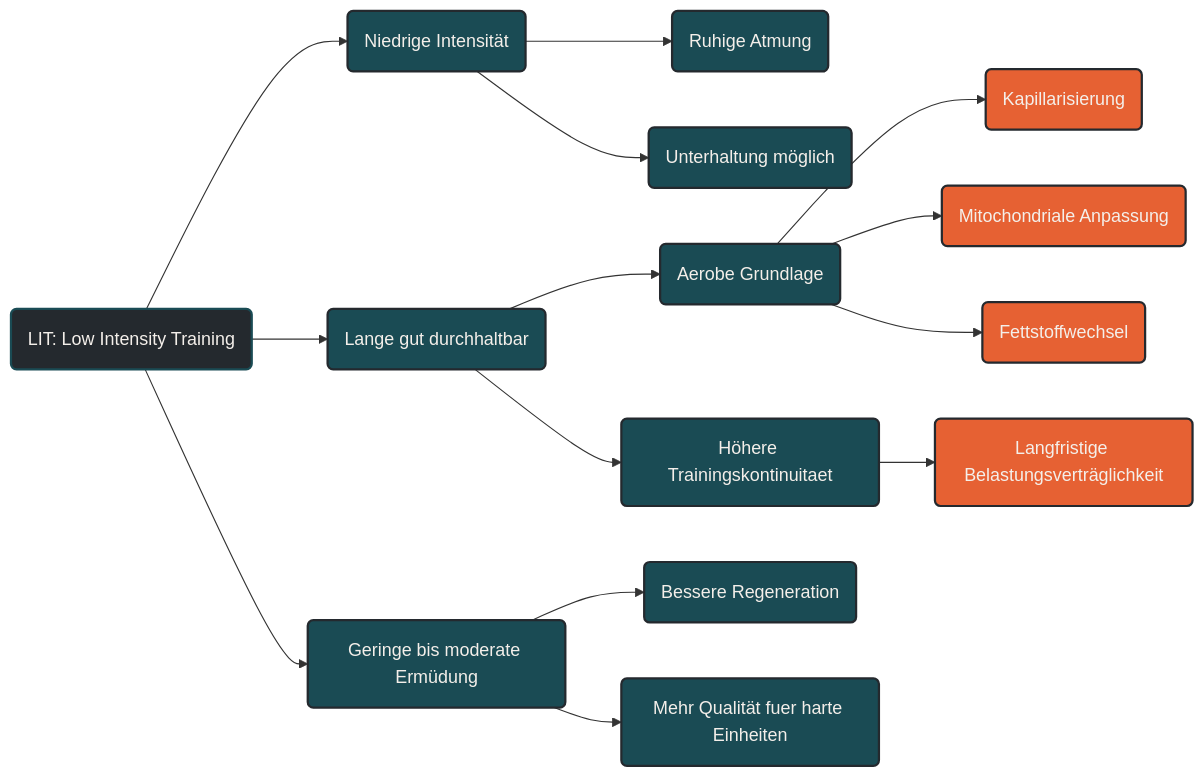
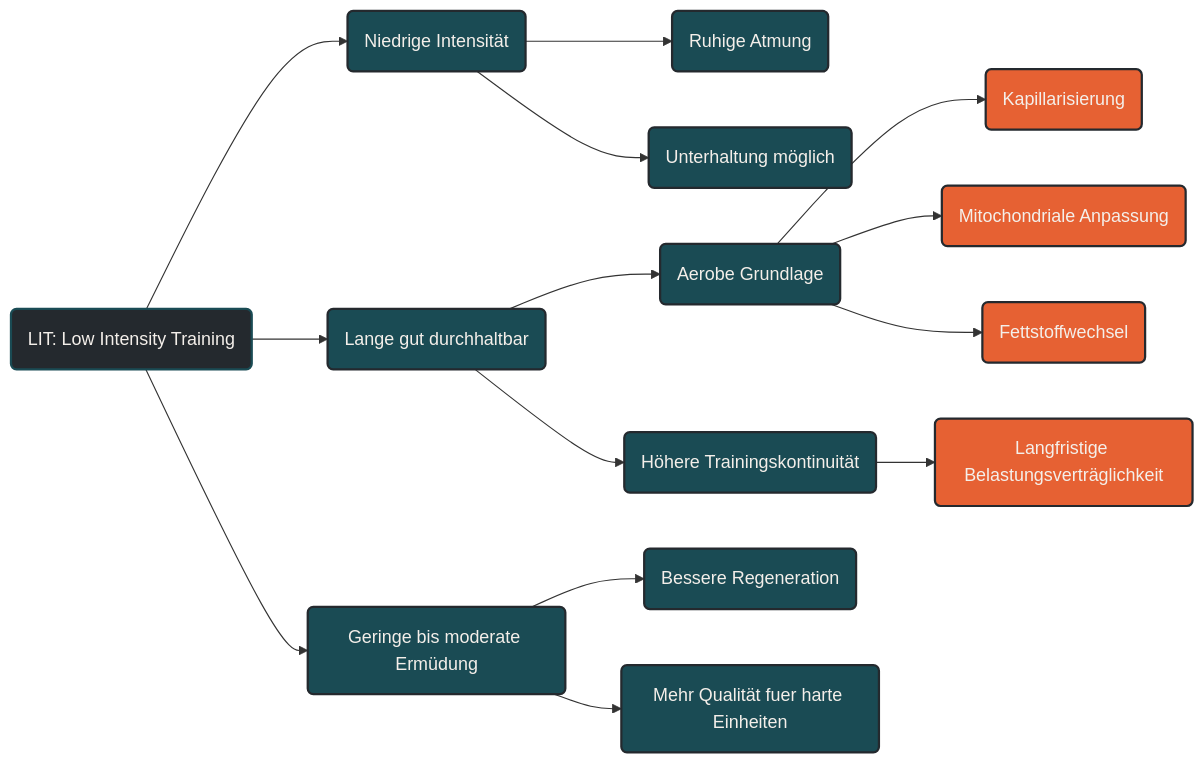
The diagram in content/00-ausdauersport/00-trainingswissenschaft/01-trainingsintensitaeten/01-low-intensity-training.md (Quixos40K/ausdauersport-typemill), drawn with Mermaid before and after one commit.

Commit message:
Fix typo in low-intensity training document

````diff
--- a/content/00-ausdauersport/00-trainingswissenschaft/01-trainingsintensitaeten/01-low-intensity-training.md
+++ b/content/00-ausdauersport/00-trainingswissenschaft/01-trainingsintensitaeten/01-low-intensity-training.md
@@ -55,28 +55,28 @@
 ```mermaid
 graph LR
     A(LIT: Low Intensity Training) --> B(Niedrige Intensität)
     A --> C(Lange gut durchhaltbar)
     A --> D(Geringe bis moderate Ermüdung)
 
     B --> E(Ruhige Atmung)
     B --> F(Unterhaltung möglich)
     C --> G(Aerobe Grundlage)
-    C --> H(Höhere Trainingskontinuitaet)
+    C --> H(Höhere Trainingskontinuität)
     D --> I(Bessere Regeneration)
     D --> J(Mehr Qualität fuer harte Einheiten)
 
     G --> K(Kapillarisierung)
     G --> L(Mitochondriale Anpassung)
     G --> M(Fettstoffwechsel)
     H --> N(Langfristige Belastungsverträglichkeit)
 
     classDef default fill:#F4EFEA,stroke:#1A4B54,stroke-width:2px,color:#24292E;
     classDef primary fill:#1A4B54,stroke:#24292E,stroke-width:2px,color:#F4EFEA;
     classDef highlight fill:#E66133,stroke:#24292E,stroke-width:2px,color:#F4EFEA;
     classDef dark fill:#24292E,stroke:#1A4B54,stroke-width:2px,color:#F4EFEA;
 
     class A dark;
     class B,C,D primary;
     class E,F,G,H,I,J primary;
     class K,L,M,N highlight;
 ```
````
